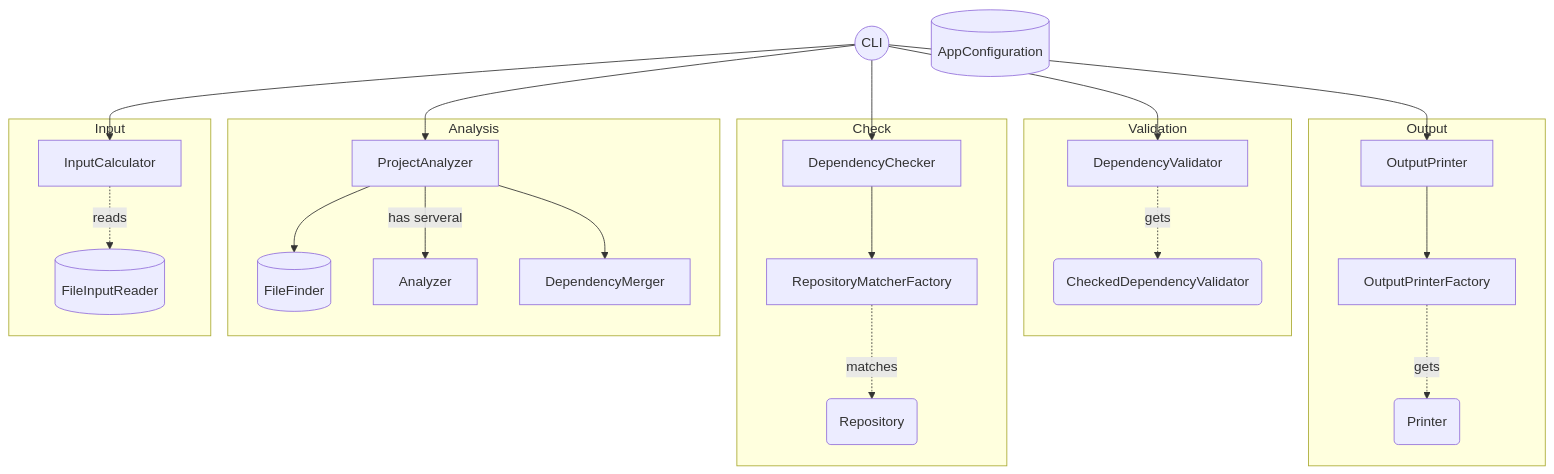
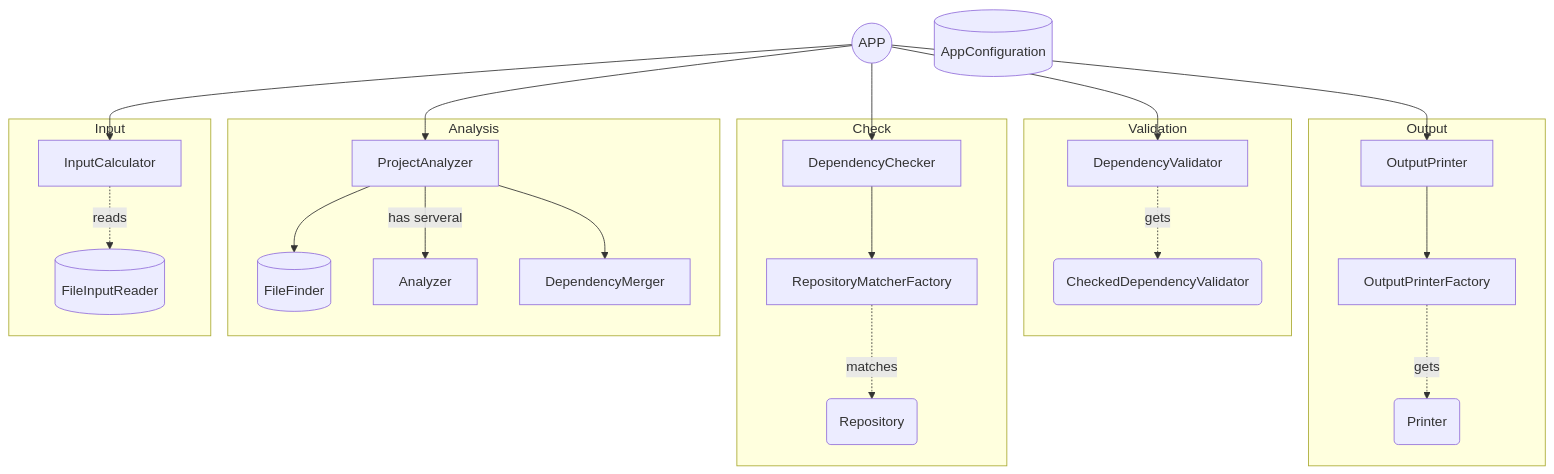
One commit to amegias/dep-checker changed the diagram in doc/ARCHITECTURE.md. Above: the diagram before and after it, drawn with Mermaid. The commit also changed other lines of this file and 7 other files, not shown here.

````diff
--- a/doc/ARCHITECTURE.md
+++ b/doc/ARCHITECTURE.md
@@ -5,33 +5,33 @@
 ```mermaid
         graph TD;
-                CLI@{ shape: circle }-->InputCalculator;
+                APP@{ shape: circle }-->InputCalculator;
                 subgraph 1 [Input]
                                 InputCalculator-.reads.->FileInputReader@{shape: cyl};
                 end
 
-                CLI-->ProjectAnalyzer;
+                APP-->ProjectAnalyzer;
                 subgraph 2 [Analysis]
                                 ProjectAnalyzer-->FileFinder@{shape: cyl};
                                 ProjectAnalyzer--has serveral-->Analyzer;
                                 ProjectAnalyzer-->DependencyMerger;
                 end
 
-                CLI-->DependencyChecker;
+                APP-->DependencyChecker;
                 subgraph 3 [Check]
                                 DependencyChecker-->RepositoryMatcherFactory;
                                 RepositoryMatcherFactory-.matches.->Repository@{shape: rounded };
                 end
 
-                CLI-->OutputPrinter;
+                APP-->OutputPrinter;
                 subgraph 4 [Output]
                                 OutputPrinter-->OutputPrinterFactory;
                                 OutputPrinterFactory-.gets.->Printer@{shape: rounded };
                 end
 
-                CLI-->DependencyValidator;
+                APP-->DependencyValidator;
                 subgraph 5 [Validation]
                                 DependencyValidator-.gets.->CheckedDependencyValidator@{shape: rounded };
                 end
 
                 AppConfiguration@{shape: cyl}
 ```
````
